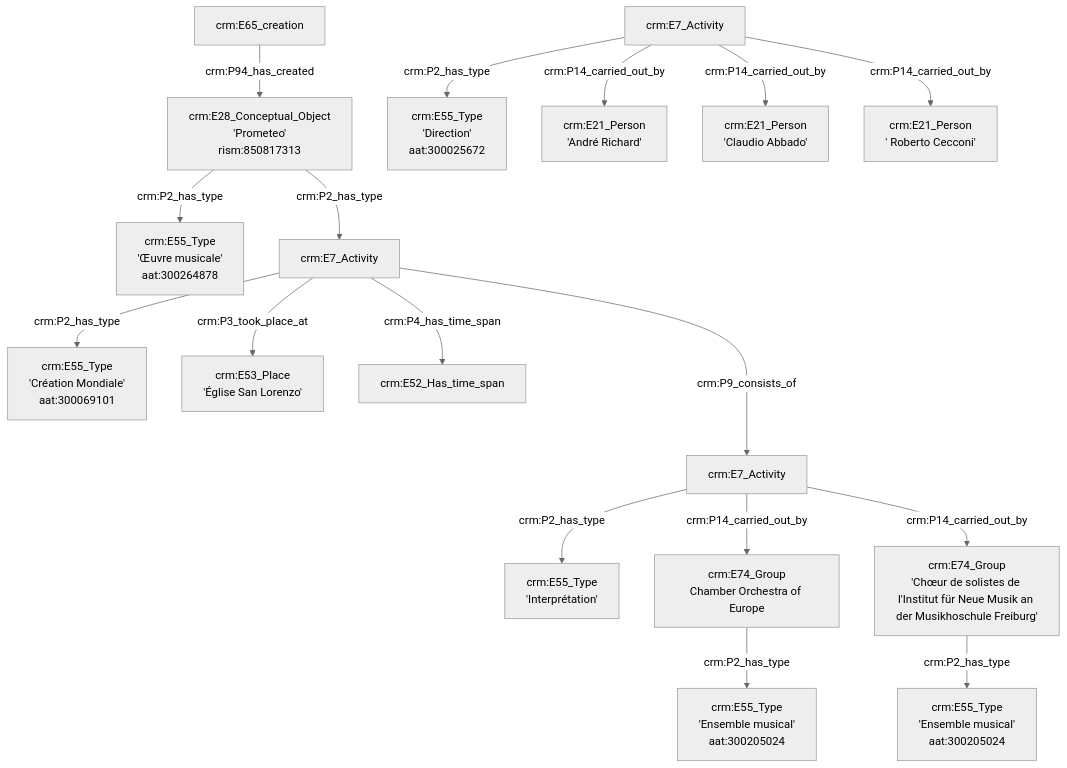
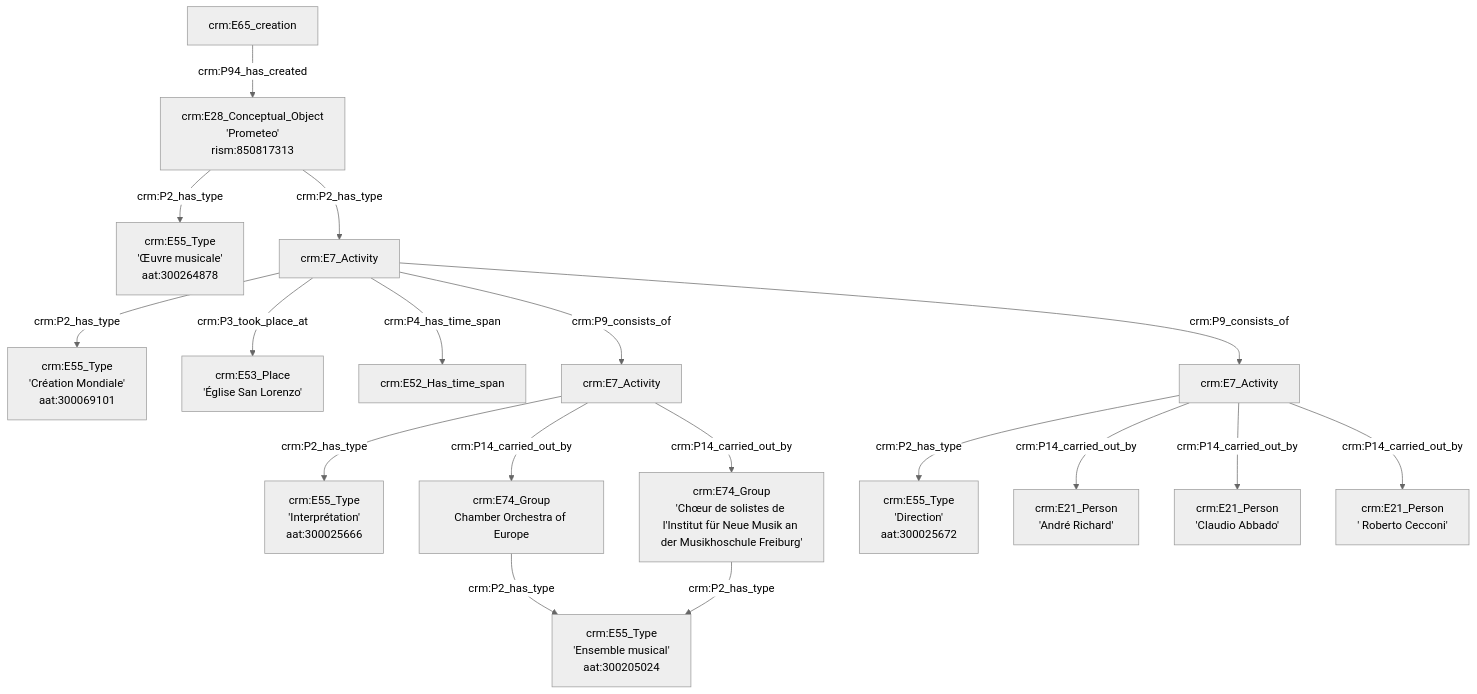
Before and after one commit to GusBraud/OntoMatchGameGus: the third of 5 diagrams in Exemple1.md, drawn with Mermaid (neutral theme).

````diff
--- a/Exemple1.md
+++ b/Exemple1.md
@@ -30,22 +30,25 @@
 ```mermaid
 graph TD;
 
 D[crm:E65_creation] --> |crm:P94_has_created| E[crm:E28_Conceptual_Object<br>'Prometeo'<br>rism:850817313]
 E[crm:E28_Conceptual_Object<br>'Prometeo'<br>rism:850817313] --> |crm:P2_has_type| F[crm:E55_Type<br>'Œuvre musicale'<br>aat:300264878]
 E[crm:E28_Conceptual_Object<br>'Prometeo'<br>rism:850817313] --> |crm:P2_has_type| G[crm:E7_Activity]
 G[crm:E7_Activity] --> |crm:P2_has_type| H[crm:E55_Type<br>'Création Mondiale'<br>aat:300069101]
 G[crm:E7_Activity] --> |crm:P3_took_place_at| I[crm:E53_Place<br>'Église San Lorenzo']
 G[crm:E7_Activity] --> |crm:P4_has_time_span| J[crm:E52_Has_time_span]
-G[crm:E7_Activity] ---> |crm:P9_consists_of| K[crm:E7_Activity]
-K[crm:E7_Activity] --> |crm:P2_has_type| L[crm:E55_Type<br>'Interprétation']
+G[crm:E7_Activity] --> |crm:P9_consists_of| K[crm:E7_Activity]
+G[crm:E7_Activity] --> |crm:P9_consists_of| Q[crm:E7_Activity]
+K[crm:E7_Activity] --> |crm:P2_has_type| L[crm:E55_Type<br>'Interprétation'<br>aat:300025666]
 K[crm:E7_Activity] --> |crm:P14_carried_out_by| M[crm:E74_Group<br>'Chamber Orchestra of Europe']
 M[crm:E74_Group<br>Chamber Orchestra of Europe] --> |crm:P2_has_type| N[crm:E55_Type<br>'Ensemble musical'<br>aat:300205024]
 K[crm:E7_Activity] --> |crm:P14_carried_out_by| O[crm:E74_Group<br>'Chœur de solistes de l'Institut für Neue Musik an der Musikhoschule Freiburg']
-O[crm:E74_Group<br>'Chœur de solistes de l'Institut für Neue Musik an der Musikhoschule Freiburg'] --> |crm:P2_has_type| P[crm:E55_Type<br>'Ensemble musical'<br>aat:300205024]
+O[crm:E74_Group<br>'Chœur de solistes de l'Institut für Neue Musik an der Musikhoschule Freiburg'] --> |crm:P2_has_type| N[crm:E55_Type<br>'Ensemble musical'<br>aat:300205024]
 
 Q[crm:E7_Activity] --> |crm:P2_has_type| R[crm:E55_Type<br>'Direction'<br>aat:300025672]
 Q[crm:E7_Activity] --> |crm:P14_carried_out_by| S[crm:E21_Person<br>'André Richard']
 Q[crm:E7_Activity] --> |crm:P14_carried_out_by| T[crm:E21_Person<br>'Claudio Abbado']
 Q[crm:E7_Activity] --> |crm:P14_carried_out_by| U[crm:E21_Person<br>' Roberto Cecconi']
 
+
+
 ```
````
